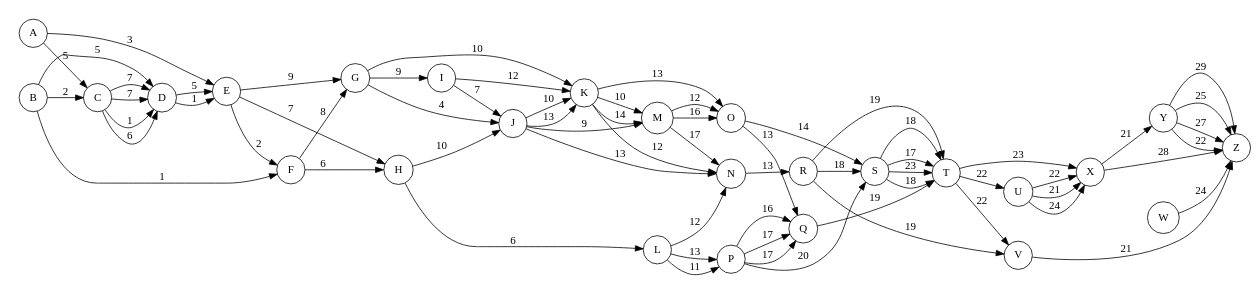
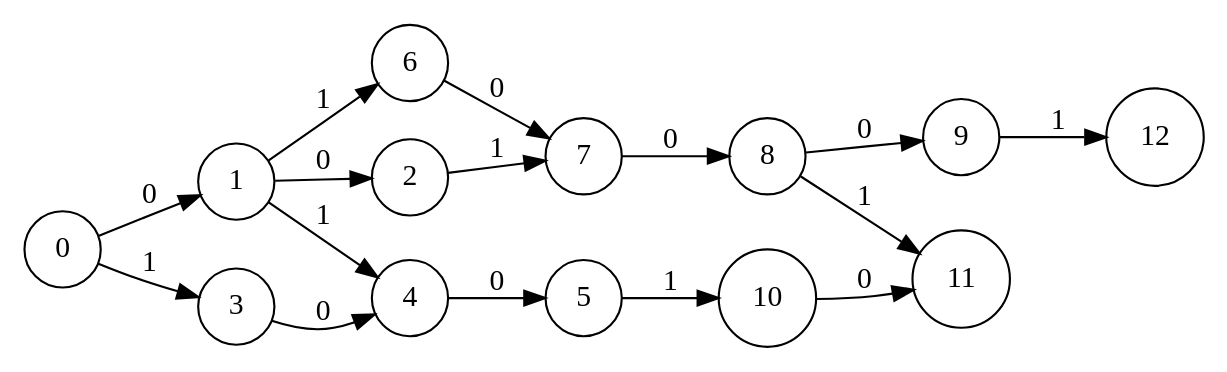
One commit to MRVNY/MOGPL changed the diagram in fsm.gv. Above: the diagram before and after it, drawn with Graphviz. The commit also changed 3 other files, not shown here.

```diff
--- a/fsm.gv
+++ b/fsm.gv
@@ -1,70 +1,19 @@
 digraph "G'" {
 	rankdir=LR size="8,5"
 	node [shape=circle]
-	A -> E [label=3]
-	A -> C [label=5]
-	B -> C [label=2]
-	B -> F [label=1]
-	B -> D [label=5]
-	C -> D [label=1]
-	C -> D [label=6]
-	C -> D [label=7]
-	C -> D [label=7]
-	D -> E [label=1]
-	D -> E [label=5]
-	E -> G [label=9]
-	E -> F [label=2]
-	E -> H [label=7]
-	F -> H [label=6]
-	F -> G [label=8]
-	G -> J [label=4]
-	G -> K [label=10]
-	G -> I [label=9]
-	H -> J [label=10]
-	H -> L [label=6]
-	I -> J [label=7]
-	I -> K [label=12]
-	J -> K [label=13]
-	J -> K [label=10]
-	J -> M [label=9]
-	J -> N [label=13]
-	K -> M [label=14]
-	K -> N [label=12]
-	K -> O [label=13]
-	K -> M [label=10]
-	L -> N [label=12]
-	L -> P [label=13]
-	L -> P [label=11]
-	M -> N [label=17]
-	M -> O [label=16]
-	M -> O [label=12]
-	N -> R [label=13]
-	O -> S [label=14]
-	O -> Q [label=13]
-	P -> Q [label=16]
-	P -> S [label=20]
-	P -> Q [label=17]
-	P -> Q [label=17]
-	Q -> T [label=19]
-	R -> S [label=18]
-	R -> T [label=19]
-	R -> V [label=19]
-	S -> T [label=23]
-	S -> T [label=18]
-	S -> T [label=18]
-	S -> T [label=17]
-	T -> V [label=22]
-	T -> U [label=22]
-	T -> X [label=23]
-	U -> X [label=21]
-	U -> X [label=24]
-	U -> X [label=22]
-	V -> Z [label=21]
-	W -> Z [label=24]
-	X -> Y [label=21]
-	X -> Z [label=28]
-	Y -> Z [label=22]
-	Y -> Z [label=29]
-	Y -> Z [label=25]
-	Y -> Z [label=27]
+	0 -> 1 [label=0]
+	1 -> 2 [label=0]
+	3 -> 4 [label=0]
+	4 -> 5 [label=0]
+	6 -> 7 [label=0]
+	7 -> 8 [label=0]
+	8 -> 9 [label=0]
+	10 -> 11 [label=0]
+	0 -> 3 [label=1]
+	1 -> 4 [label=1]
+	1 -> 6 [label=1]
+	2 -> 7 [label=1]
+	5 -> 10 [label=1]
+	8 -> 11 [label=1]
+	9 -> 12 [label=1]
 }
```
